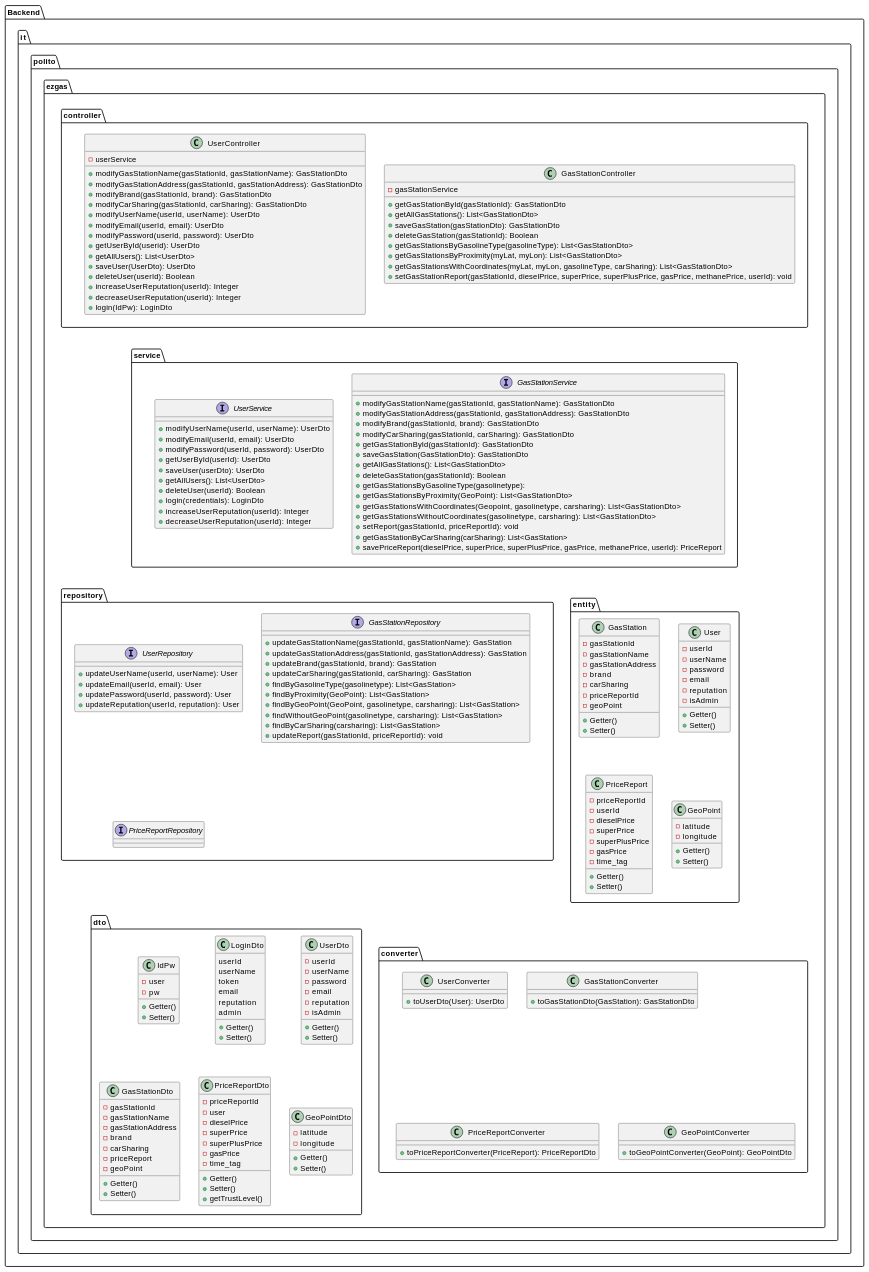
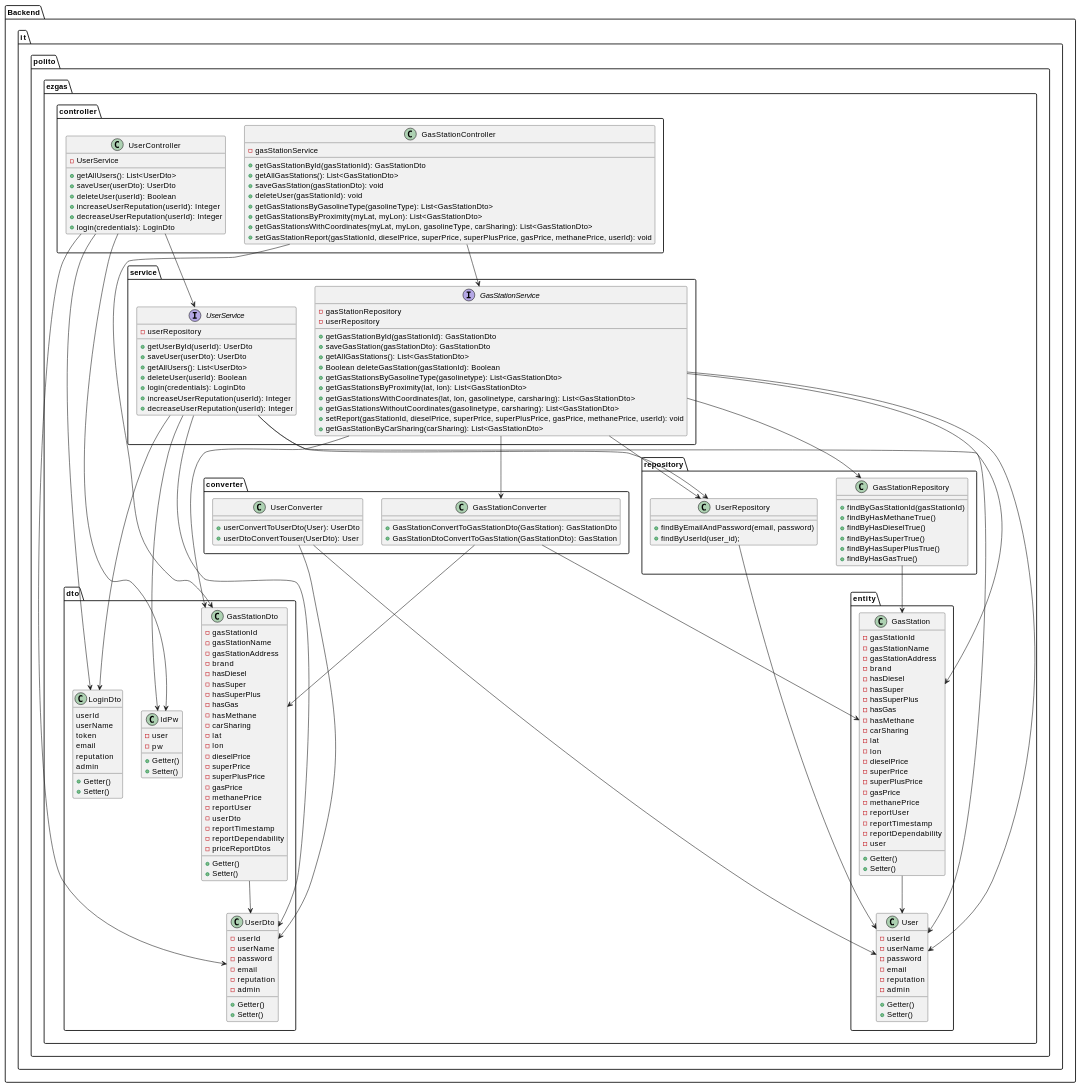
Before and after one commit to SE2-group4/SE1-project: the fourth of 14 diagrams in docs/DesignDocument.md, drawn with PlantUML. The commit also changed 2 other files, not shown here.

Commit message:
docs: update Low Level design

````diff
--- a/docs/DesignDocument.md
+++ b/docs/DesignDocument.md
@@ -215,71 +215,96 @@
 ```plantuml
 package "Backend" {
 
-package "it.polito.ezgas.repository" {
-    interface UserRepository{
-        + updateUserName(userId, userName): User
-        + updateEmail(userId, email): User
-        + updatePassword(userId, password): User
-        + updateReputation(userId, reputation): User
-    }
-    interface GasStationRepository{
-        + updateGasStationName(gasStationId, gasStationName): GasStation
-        + updateGasStationAddress(gasStationId, gasStationAddress): GasStation
-        + updateBrand(gasStationId, brand): GasStation
-        + updateCarSharing(gasStationId, carSharing): GasStation
-        + findByGasolineType(gasolinetype): List<GasStation>
-        + findByProximity(GeoPoint): List<GasStation>
-        + findByGeoPoint(GeoPoint, gasolinetype, carsharing): List<GasStation>
-        + findWithoutGeoPoint(gasolinetype, carsharing): List<GasStation>
-        + findByCarSharing(carsharing): List<GasStation>
-        + updateReport(gasStationId, priceReportId): void
-    }
-    interface PriceReportRepository
+package "it.polito.ezgas.service" {
+   interface "GasStationService"{
+       - gasStationRepository
+       - userRepository
+       + getGasStationById(gasStationId): GasStationDto
+       + saveGasStation(gasStationDto): GasStationDto
+       + getAllGasStations(): List<GasStationDto>
+       + Boolean deleteGasStation(gasStationId): Boolean
+       + getGasStationsByGasolineType(gasolinetype): List<GasStationDto>
+       + getGasStationsByProximity(lat, lon): List<GasStationDto>
+       + getGasStationsWithCoordinates(lat, lon, gasolinetype, carsharing): List<GasStationDto>
+       + getGasStationsWithoutCoordinates(gasolinetype, carsharing): List<GasStationDto>
+       + setReport(gasStationId, dieselPrice, superPrice, superPlusPrice, gasPrice, methanePrice, userId): void
+       + getGasStationByCarSharing(carSharing): List<GasStationDto>
+   }
+   interface "UserService" {
+       - userRepository
+       + getUserById(userId): UserDto
+       + saveUser(userDto): UserDto
+       + getAllUsers(): List<UserDto>
+       + deleteUser(userId): Boolean
+       + login(credentials): LoginDto
+       + increaseUserReputation(userId): Integer
+       + decreaseUserReputation(userId): Integer
+   }
 }
 
-package "it.polito.ezgas.entity" {
-    class GasStation{
+package "it.polito.ezgas.controller" {
+    class GasStationController{
+        - gasStationService
+        + getGasStationById(gasStationId): GasStationDto
+        + getAllGasStations(): List<GasStationDto>
+        + saveGasStation(gasStationDto): void
+        + deleteUser(gasStationId): void
+        + getGasStationsByGasolineType(gasolineType): List<GasStationDto>
+        + getGasStationsByProximity(myLat, myLon): List<GasStationDto>
+        + getGasStationsWithCoordinates(myLat, myLon, gasolineType, carSharing): List<GasStationDto>
+        + setGasStationReport(gasStationId, dieselPrice, superPrice, superPlusPrice, gasPrice, methanePrice, userId): void
+    }
+
+    class UserController{
+        - UserService
+        + getAllUsers(): List<UserDto>
+        + saveUser(userDto): UserDto
+        + deleteUser(userId): Boolean
+        + increaseUserReputation(userId): Integer
+        + decreaseUserReputation(userId): Integer
+        + login(credentials): LoginDto
+    }
+}
+
+package "it.polito.ezgas.converter" {
+    class UserConverter{
+        + userConvertToUserDto(User): UserDto
+        + userDtoConvertTouser(UserDto): User
+    }
+    class GasStationConverter{
+        + GasStationConvertToGasStationDto(GasStation): GasStationDto
+        + GasStationDtoConvertToGasStation(GasStationDto): GasStation
+    }
+}
+
+package "it.polito.ezgas.dto" {
+    class GasStationDto{
         - gasStationId
         - gasStationName
         - gasStationAddress
         - brand
+        - hasDiesel
+        - hasSuper
+        - hasSuperPlus
+        - hasGas
+        - hasMethane
         - carSharing
-        - priceReportId
-        - geoPoint
-        + Getter()
-        + Setter()
-    }
-    class User{
-        - userId
-        - userName
-        - password
-        - email
-        - reputation
-        - isAdmin
-        + Getter()
-        + Setter()
-    }
-    class PriceReport{
-        - priceReportId
-        - userId
+        - lat
+        - lon
         - dieselPrice
         - superPrice
         - superPlusPrice
         - gasPrice
-        - time_tag
+        - methanePrice
+        - reportUser
+        - userDto
+        - reportTimestamp
+        - reportDependability
+        - priceReportDtos
         + Getter()
         + Setter()
     }
-    class GeoPoint{
-        - latitude
-        - longitude
-        + Getter()
-        + Setter()
-    }
-
-}
-
-package "it.polito.ezgas.dto" {
+    
     class IdPw{
         - user
         - pw
@@ -296,129 +321,121 @@
         + Getter()
         + Setter()
     }
+
     class UserDto{
         - userId
         - userName
         - password
         - email
         - reputation
-        - isAdmin
-        + Getter()
-        + Setter()
-    }
-    class GasStationDto{
-        - gasStationId
-        - gasStationName
-        - gasStationAddress
-        - brand
-        - carSharing
-        - priceReport
-        - geoPoint
-        + Getter()
-        + Setter()
-    }
-    class PriceReportDto{
-        - priceReportId
-        - user
-        - dieselPrice
-        - superPrice
-        - superPlusPrice
-        - gasPrice
-        - time_tag
-        + Getter()
-        + Setter()
-        + getTrustLevel()
-    }
-    class GeoPointDto{
-        - latitude
-        - longitude
+        - admin
         + Getter()
         + Setter()
     }
 }
 
-package "it.polito.ezgas.converter" {
-    class UserConverter{
-        + toUserDto(User): UserDto
+package "it.polito.ezgas.entity" {
+    class GasStation{
+        - gasStationId
+        - gasStationName
+        - gasStationAddress
+        - brand
+        - hasDiesel
+        - hasSuper
+        - hasSuperPlus
+        - hasGas
+        - hasMethane
+        - carSharing
+        - lat
+        - lon
+        - dieselPrice
+        - superPrice
+        - superPlusPrice
+        - gasPrice
+        - methanePrice
+        - reportUser
+        - reportTimestamp
+        - reportDependability
+        - user
+        + Getter()
+        + Setter()
     }
-    class GasStationConverter{
-        + toGasStationDto(GasStation): GasStationDto
-    }
-    class PriceReportConverter{
-        + toPriceReportConverter(PriceReport): PriceReportDto
-    }
-    class GeoPointConverter{
-        + toGeoPointConverter(GeoPoint): GeoPointDto
+    class User{
+        - userId
+        - userName
+        - password
+        - email
+        - reputation
+        - admin
+        + Getter()
+        + Setter()
     }
 }
 
-package "it.polito.ezgas.service" {
-   interface "GasStationService"{
-       + modifyGasStationName(gasStationId, gasStationName): GasStationDto
-       + modifyGasStationAddress(gasStationId, gasStationAddress): GasStationDto
-       + modifyBrand(gasStationId, brand): GasStationDto
-       + modifyCarSharing(gasStationId, carSharing): GasStationDto
-       + getGasStationById(gasStationId): GasStationDto
-       + saveGasStation(GasStationDto): GasStationDto
-       + getAllGasStations(): List<GasStationDto>
-       + deleteGasStation(gasStationId): Boolean
-       + getGasStationsByGasolineType(gasolinetype):  
-       + getGasStationsByProximity(GeoPoint): List<GasStationDto>
-       + getGasStationsWithCoordinates(Geopoint, gasolinetype, carsharing): List<GasStationDto>
-       + getGasStationsWithoutCoordinates(gasolinetype, carsharing): List<GasStationDto>
-       + setReport(gasStationId, priceReportId): void
-       + getGasStationByCarSharing(carSharing): List<GasStation>
-       + savePriceReport(dieselPrice, superPrice, superPlusPrice, gasPrice, methanePrice, userId): PriceReport
-   }
-   interface "UserService" {
-       + modifyUserName(userId, userName): UserDto
-       + modifyEmail(userId, email): UserDto
-       + modifyPassword(userId, password): UserDto
-       + getUserById(userId): UserDto 
-       + saveUser(userDto): UserDto 
-       + getAllUsers(): List<UserDto>
-       + deleteUser(userId): Boolean
-       + login(credentials): LoginDto
-       + increaseUserReputation(userId): Integer
-       + decreaseUserReputation(userId): Integer
-   }
-}
-
-package  "it.polito.ezgas.controller" {
-    class GasStationController{
-        - gasStationService
-        + getGasStationById(gasStationId): GasStationDto 
-        + getAllGasStations(): List<GasStationDto>
-        + saveGasStation(gasStationDto): GasStationDto 
-        + deleteGasStation(gasStationId): Boolean 
-        + getGasStationsByGasolineType(gasolineType): List<GasStationDto>
-        + getGasStationsByProximity(myLat, myLon): List<GasStationDto>
-        + getGasStationsWithCoordinates(myLat, myLon, gasolineType, carSharing): List<GasStationDto>
-        + setGasStationReport(gasStationId, dieselPrice, superPrice, superPlusPrice, gasPrice, methanePrice, userId): void
+package "it.polito.ezgas.repository" {
+    class GasStationRepository{
+        + findByGasStationId(gasStationId)
+        + findByHasMethaneTrue()
+	    + findByHasDieselTrue()
+	    + findByHasSuperTrue()
+	    + findByHasSuperPlusTrue()
+	    + findByHasGasTrue()
     }
 
-    class UserController{
-        - userService
-        + modifyGasStationName(gasStationId, gasStationName): GasStationDto
-        + modifyGasStationAddress(gasStationId, gasStationAddress): GasStationDto
-        + modifyBrand(gasStationId, brand): GasStationDto
-        + modifyCarSharing(gasStationId, carSharing): GasStationDto
-        + modifyUserName(userId, userName): UserDto
-        + modifyEmail(userId, email): UserDto
-        + modifyPassword(userId, password): UserDto
-        + getUserById(userid): UserDto
-        + getAllUsers(): List<UserDto>
-        + saveUser(UserDto): UserDto
-        + deleteUser(userId): Boolean
-        + increaseUserReputation(userId): Integer
-        + decreaseUserReputation(userId): Integer
-        + login(IdPw): LoginDto
+    class UserRepository{
+        + findByEmailAndPassword(email, password)
+        + findByUserId(user_id);
     }
 }
 
-it.polito.ezgas.controller -[hidden]-> it.polito.ezgas.service
-it.polito.ezgas.service -[hidden]-> it.polito.ezgas.repository
-it.polito.ezgas.repository -[hidden]> it.polito.ezgas.converter
+
+''' UserController dependencies '''
+UserController --> UserService
+UserController --> IdPw
+UserController --> LoginDto
+UserController --> UserDto
+
+''' GasStationController dependencies '''
+GasStationController --> GasStationService
+GasStationController --> GasStationDto
+
+''' UserService dependencies '''
+UserService --> UserRepository
+UserService --> IdPw
+UserService --> LoginDto
+UserService --> UserDto
+UserService --> User
+
+''' GasStation dependencies '''
+GasStationService --> GasStationRepository
+GasStationService --> UserRepository
+GasStationService --> User
+GasStationService --> GasStation
+GasStationService --> GasStationDto
+GasStationService --> GasStationConverter
+
+''' UserRepository dependencies '''
+UserRepository --> User
+
+''' GasStationRepository dependencies '''
+GasStationRepository --> GasStation
+
+''' UserConverter dependencies '''
+UserConverter --> User
+UserConverter --> UserDto
+
+''' GasStationConverter dependencies '''
+GasStationConverter --> GasStation
+GasStationConverter --> GasStationDto
+
+''' GasStation dependencies '''
+GasStation --> User
+
+''' GasStationDto dependencies '''
+GasStationDto --> UserDto
+
+
+
 }
 
 ```
````
